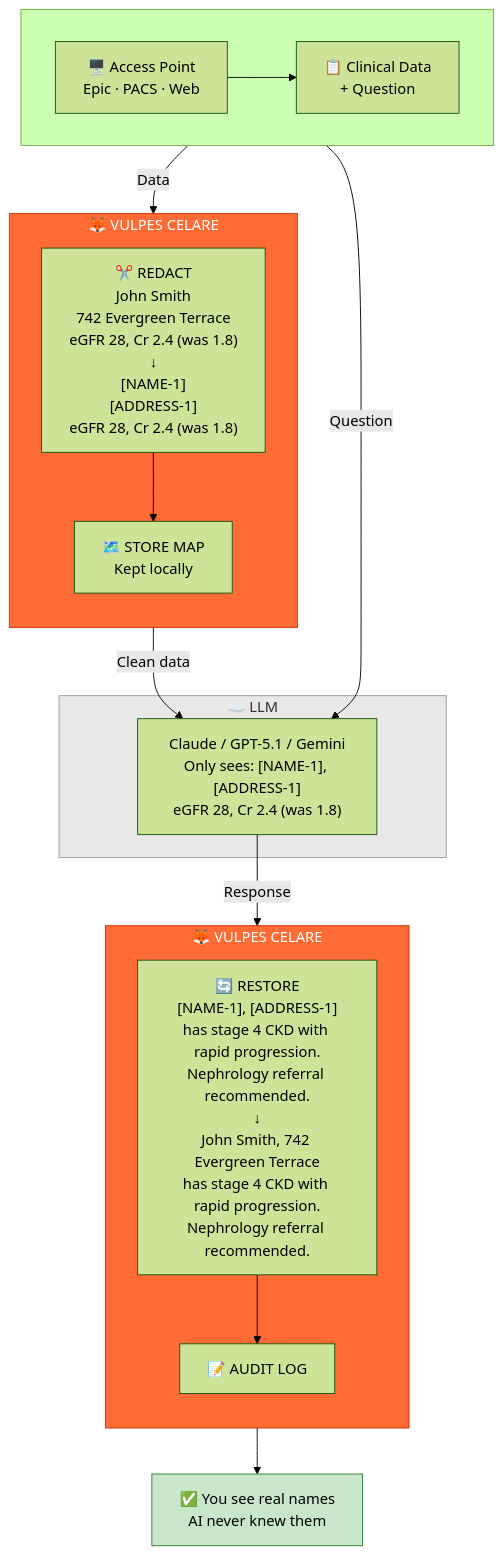
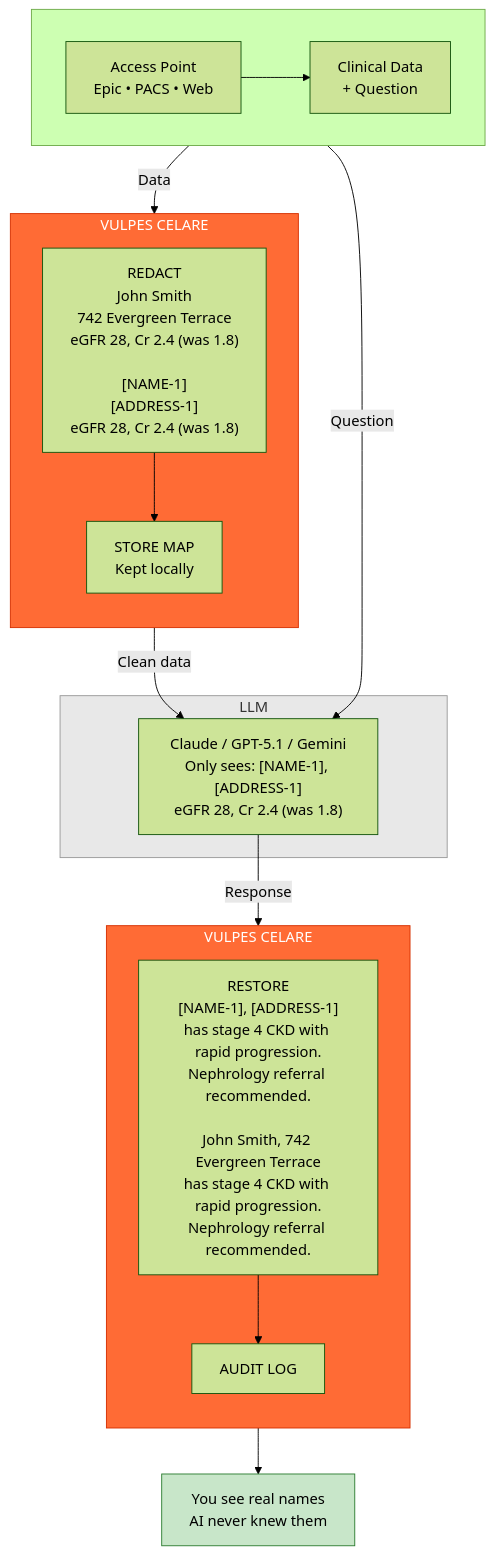
The diagram in README.md (DocHatty/Vulpes-Celare), drawn with Mermaid (forest theme) before and after one commit. The commit also changed other lines of this file, not shown here.

````diff
--- a/README.md
+++ b/README.md
@@ -34,43 +34,43 @@
 ```mermaid
 flowchart TB
     subgraph INPUT [" "]
         direction LR
-        Access["🖥️ Access Point<br/>Epic · PACS · Web"]
-        Data["📋 Clinical Data<br/>+ Question"]
+        Access["Access Point<br/>Epic • PACS • Web"]
+        Data["Clinical Data<br/>+ Question"]
     end
 
     Access --> Data
 
-    subgraph CORE ["🦊 VULPES CELARE"]
+    subgraph CORE ["VULPES CELARE"]
         direction TB
-        Redact["✂️ REDACT<br/>John Smith<br/>742 Evergreen Terrace<br/>eGFR 28, Cr 2.4 (was 1.8)<br/>↓<br/>[NAME-1]<br/>[ADDRESS-1]<br/>eGFR 28, Cr 2.4 (was 1.8)"]
-        Map["🗺️ STORE MAP<br/>Kept locally"]
+        Redact["REDACT<br/>John Smith<br/>742 Evergreen Terrace<br/>eGFR 28, Cr 2.4 (was 1.8)<br/><br/>[NAME-1]<br/>[ADDRESS-1]<br/>eGFR 28, Cr 2.4 (was 1.8)"]
+        Map["STORE MAP<br/>Kept locally"]
         Redact --> Map
     end
 
     Data -->|"Data"| Redact
     Data -->|"Question"| LLM
 
-    subgraph EXT ["☁️ LLM"]
+    subgraph EXT ["LLM"]
         LLM["Claude / GPT-5.1 / Gemini<br/>Only sees: [NAME-1], [ADDRESS-1]<br/>eGFR 28, Cr 2.4 (was 1.8)"]
     end
 
     Map -->|"Clean data"| LLM
 
-    subgraph CORE2 ["🦊 VULPES CELARE"]
+    subgraph CORE2 ["VULPES CELARE"]
         direction TB
-        Restore["🔄 RESTORE<br/>[NAME-1], [ADDRESS-1]<br/>has stage 4 CKD with rapid progression.<br/>Nephrology referral recommended.<br/>↓<br/>John Smith, 742 Evergreen Terrace<br/>has stage 4 CKD with rapid progression.<br/>Nephrology referral recommended."]
-        Audit["📝 AUDIT LOG"]
+        Restore["RESTORE<br/>[NAME-1], [ADDRESS-1]<br/>has stage 4 CKD with rapid progression.<br/>Nephrology referral recommended.<br/><br/>John Smith, 742 Evergreen Terrace<br/>has stage 4 CKD with rapid progression.<br/>Nephrology referral recommended."]
+        Audit["AUDIT LOG"]
         Restore --> Audit
     end
 
     LLM -->|"Response"| Restore
 
-    Result["✅ You see real names<br/>AI never knew them"]
+    Result["You see real names<br/>AI never knew them"]
     Audit --> Result
 
     style CORE fill:#ff6b35,stroke:#d63000,color:#fff
     style CORE2 fill:#ff6b35,stroke:#d63000,color:#fff
     style EXT fill:#e8e8e8,stroke:#999
     style Result fill:#c8e6c9,stroke:#2e7d32
 ```
````
